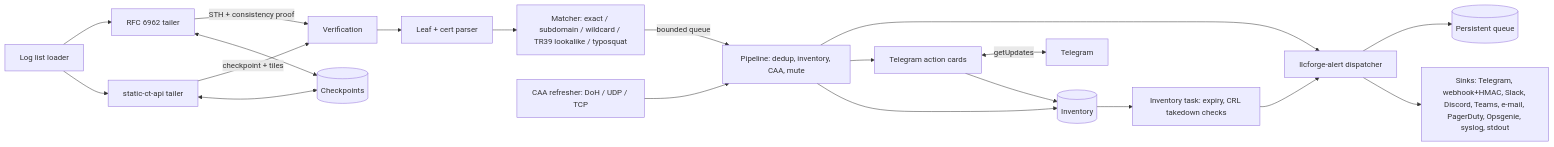
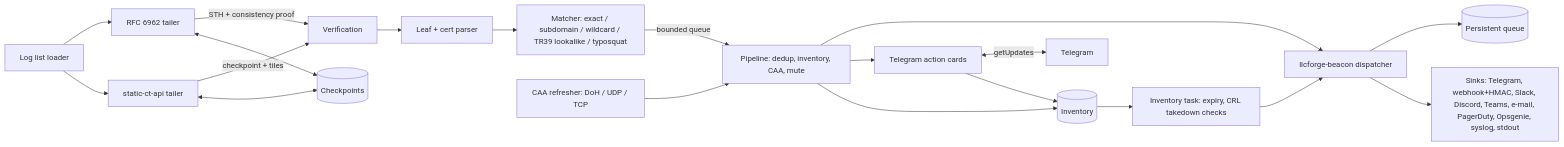
One commit to LLCForge/Herald changed the diagram in ARCHITECTURE.md. Above: the diagram before and after it, drawn with Mermaid. The commit also changed other lines of this file and 49 other files, not shown here.

First line of the commit message:
refactor: rename shared kit to Beacon (llcforge-beacon)

````diff
--- a/ARCHITECTURE.md
+++ b/ARCHITECTURE.md
@@ -18,22 +18,22 @@
 ```mermaid
 flowchart LR
   LL[Log list loader] --> T1[RFC 6962 tailer]
   LL --> T2[static-ct-api tailer]
   T1 -->|STH + consistency proof| V[Verification]
   T2 -->|checkpoint + tiles| V
   V --> P[Leaf + cert parser]
   P --> M[Matcher: exact / subdomain / wildcard / TR39 lookalike / typosquat]
   M -->|bounded queue| N[Pipeline: dedup, inventory, CAA, mute]
   CAA[CAA refresher: DoH / UDP / TCP] --> N
-  N --> D[llcforge-alert dispatcher]
+  N --> D[llcforge-beacon dispatcher]
   D --> Q[(Persistent queue)]
   D --> S[Sinks: Telegram, webhook+HMAC, Slack, Discord, Teams, e-mail, PagerDuty, Opsgenie, syslog, stdout]
   N --> TA[Telegram action cards]
   TA <-->|getUpdates| TG[Telegram]
   TA --> INV[(Inventory)]
   N --> INV
   INV --> IT[Inventory task: expiry, CRL takedown checks]
   IT --> D
   T1 <--> CP[(Checkpoints)]
   T2 <--> CP
 ```
````
